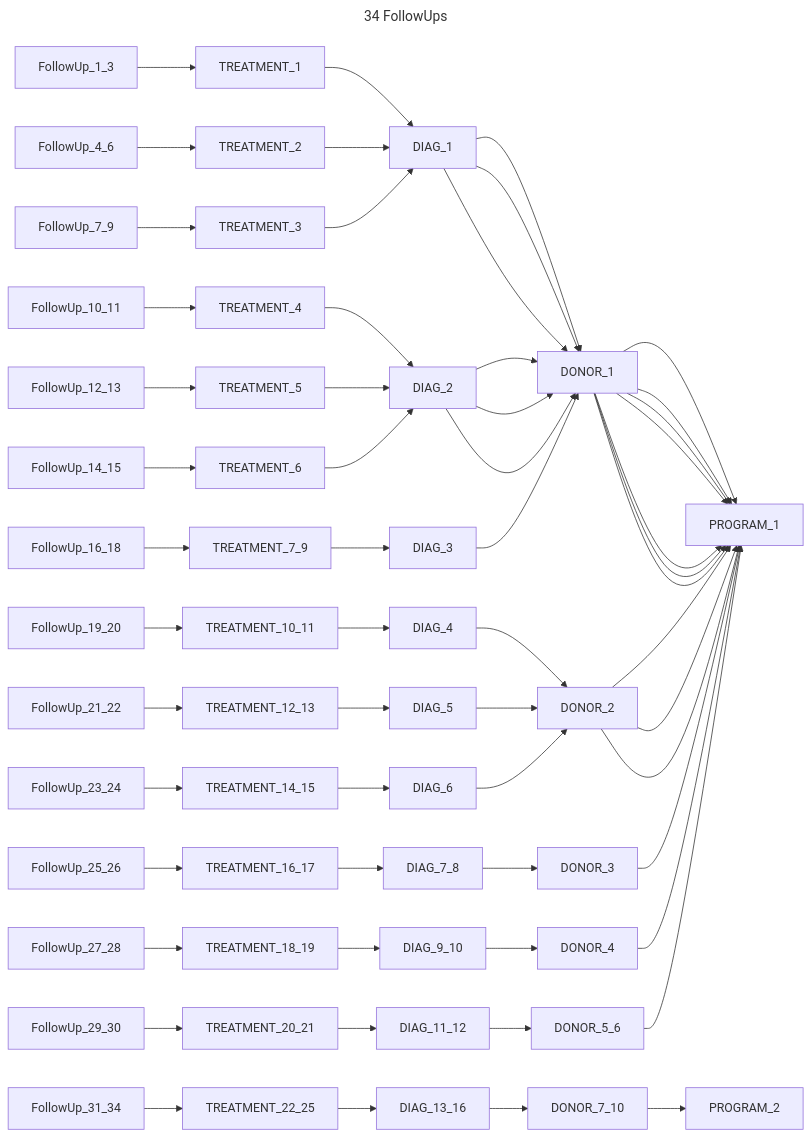
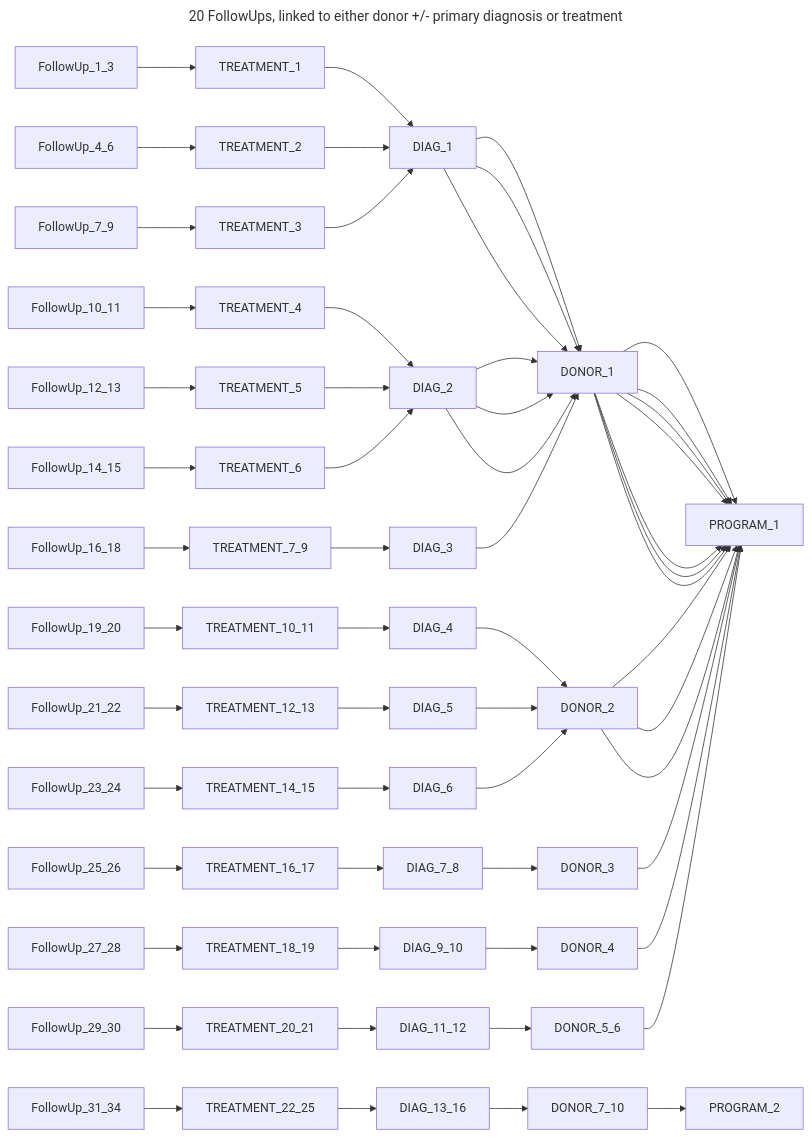
The ninth of 12 diagrams in chord_metadata_service/mohpackets/data/small_dataset/README.md (CanDIG/katsu), drawn with Mermaid before and after one commit. The commit also changed other lines of this file, not shown here.

Commit message:
graph updates

````diff
--- a/chord_metadata_service/mohpackets/data/small_dataset/README.md
+++ b/chord_metadata_service/mohpackets/data/small_dataset/README.md
@@ -180,20 +265,20 @@
 ```mermaid
 ---
-title: 34 FollowUps
+title: 20 FollowUps, linked to either donor +/- primary diagnosis or treatment
 ---
 graph LR;  
   FollowUp_1_3 --> TREATMENT_1 --> DIAG_1 --> DONOR_1 --> PROGRAM_1;  
   FollowUp_4_6 --> TREATMENT_2 --> DIAG_1 --> DONOR_1 --> PROGRAM_1;  
   FollowUp_7_9 --> TREATMENT_3 --> DIAG_1 --> DONOR_1 --> PROGRAM_1;  
   FollowUp_10_11 --> TREATMENT_4 --> DIAG_2 --> DONOR_1 --> PROGRAM_1; 
   FollowUp_12_13 --> TREATMENT_5 --> DIAG_2 --> DONOR_1 --> PROGRAM_1; 
   FollowUp_14_15 --> TREATMENT_6 --> DIAG_2 --> DONOR_1 --> PROGRAM_1; 
   FollowUp_16_18 --> TREATMENT_7_9 --> DIAG_3 --> DONOR_1 --> PROGRAM_1;
   FollowUp_19_20 --> TREATMENT_10_11 --> DIAG_4 --> DONOR_2 --> PROGRAM_1;  
   FollowUp_21_22 --> TREATMENT_12_13 --> DIAG_5 --> DONOR_2 --> PROGRAM_1;  
   FollowUp_23_24 --> TREATMENT_14_15 --> DIAG_6 --> DONOR_2 --> PROGRAM_1; 
   FollowUp_25_26 --> TREATMENT_16_17 --> DIAG_7_8 --> DONOR_3 --> PROGRAM_1;  
   FollowUp_27_28 --> TREATMENT_18_19 --> DIAG_9_10 --> DONOR_4 --> PROGRAM_1;  
   FollowUp_29_30 --> TREATMENT_20_21 --> DIAG_11_12 --> DONOR_5_6 --> PROGRAM_1;  
   FollowUp_31_34 --> TREATMENT_22_25 --> DIAG_13_16 --> DONOR_7_10 --> PROGRAM_2;
 ```
````
